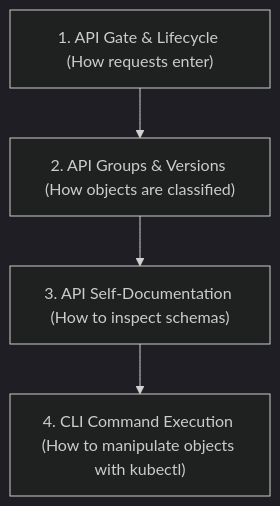
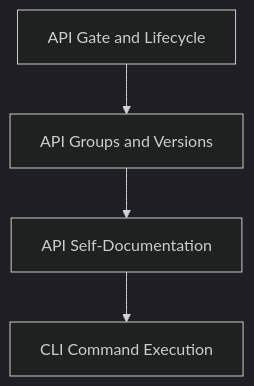
The diagram in Reference Notes/01_kube_api_and_kubectl.md (kmashour/BrainDump), drawn with Mermaid (dark theme) before and after one commit. The commit also changed 15 other files, not shown here.

Commit message:
docs: simplify cognitive map mermaid syntax for general compatibility

````diff
--- a/Reference Notes/01_kube_api_and_kubectl.md
+++ b/Reference Notes/01_kube_api_and_kubectl.md
@@ -11,6 +11,6 @@
 ```mermaid
 graph TD
-    A["1. API Gate & Lifecycle (How requests enter)"] --> B["2. API Groups & Versions (How objects are classified)"]
-    B --> C["3. API Self-Documentation (How to inspect schemas)"]
-    C --> D["4. CLI Command Execution (How to manipulate objects with kubectl)"]
+    A["API Gate and Lifecycle"] --> B["API Groups and Versions"]
+    B --> C["API Self-Documentation"]
+    C --> D["CLI Command Execution"]
 ```
````
